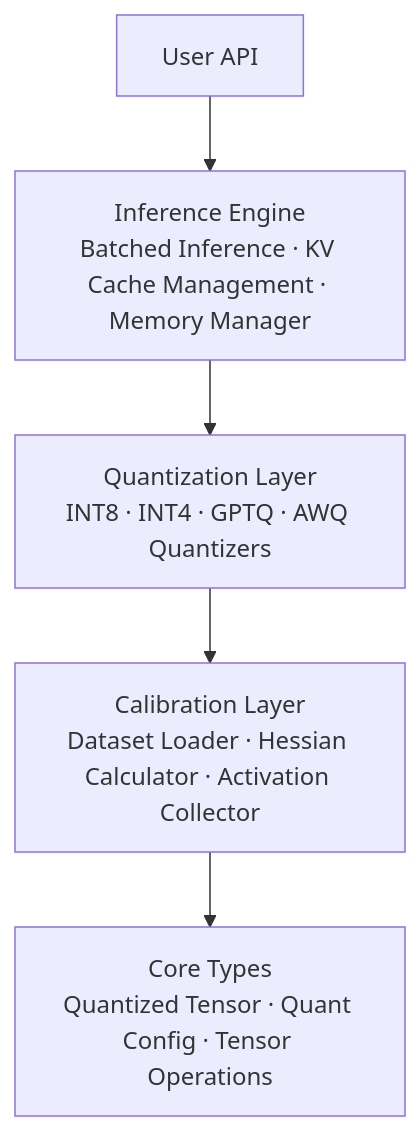
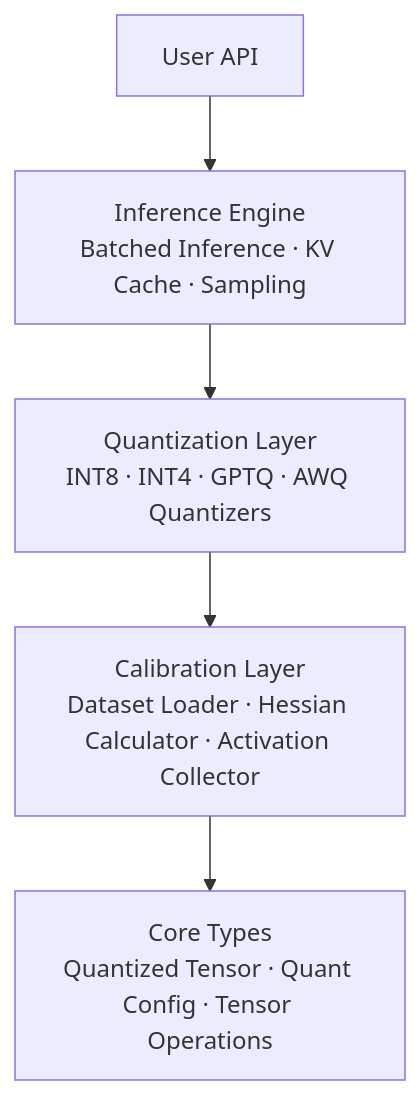
Before and after one commit to jchu0/applied-cs-projects: the first of 3 diagrams in 41-vector-quantized-llm/docs/ARCHITECTURE.md, drawn with Mermaid. The commit also changed other lines of this file and 2 other files, not shown here.

First line of the commit message:
Fix 41 architecture doc and export documented symbols

````diff
--- a/41-vector-quantized-llm/docs/ARCHITECTURE.md
+++ b/41-vector-quantized-llm/docs/ARCHITECTURE.md
@@ -9,10 +9,10 @@
 ```mermaid
 flowchart TD
     API["User API"]
-    Inference["Inference Engine<br/>Batched Inference · KV Cache Management · Memory Manager"]
+    Inference["Inference Engine<br/>Batched Inference · KV Cache · Sampling"]
     Quant["Quantization Layer<br/>INT8 · INT4 · GPTQ · AWQ Quantizers"]
     Calib["Calibration Layer<br/>Dataset Loader · Hessian Calculator · Activation Collector"]
     Core["Core Types<br/>Quantized Tensor · Quant Config · Tensor Operations"]
 
     API --> Inference --> Quant --> Calib --> Core
 ```
````
